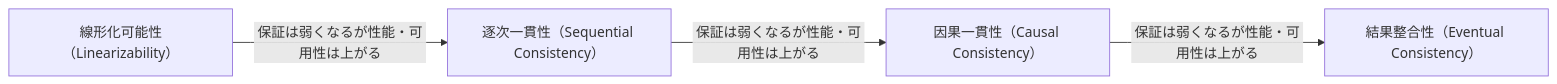
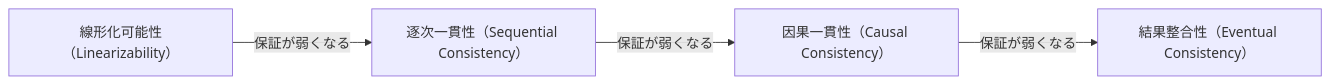
Before and after one commit to myoshi2891/Software-Design-and-Architecture: diagram 11 of 15 in Database-internals-guide.md, drawn with Mermaid. The commit also changed other lines of this file, not shown here.

````diff
--- a/Database-internals-guide.md
+++ b/Database-internals-guide.md
@@ -383,6 +387,6 @@
 ```mermaid
 flowchart LR
-    A["線形化可能性（Linearizability）"] -- 保証は弱くなるが性能・可用性は上がる --> B["逐次一貫性（Sequential Consistency）"]
-    B -- 保証は弱くなるが性能・可用性は上がる --> C["因果一貫性（Causal Consistency）"]
-    C -- 保証は弱くなるが性能・可用性は上がる --> D["結果整合性（Eventual Consistency）"]
+    A["線形化可能性（Linearizability）"] -- 保証が弱くなる --> B["逐次一貫性（Sequential Consistency）"]
+    B -- 保証が弱くなる --> C["因果一貫性（Causal Consistency）"]
+    C -- 保証が弱くなる --> D["結果整合性（Eventual Consistency）"]
 ```
````
